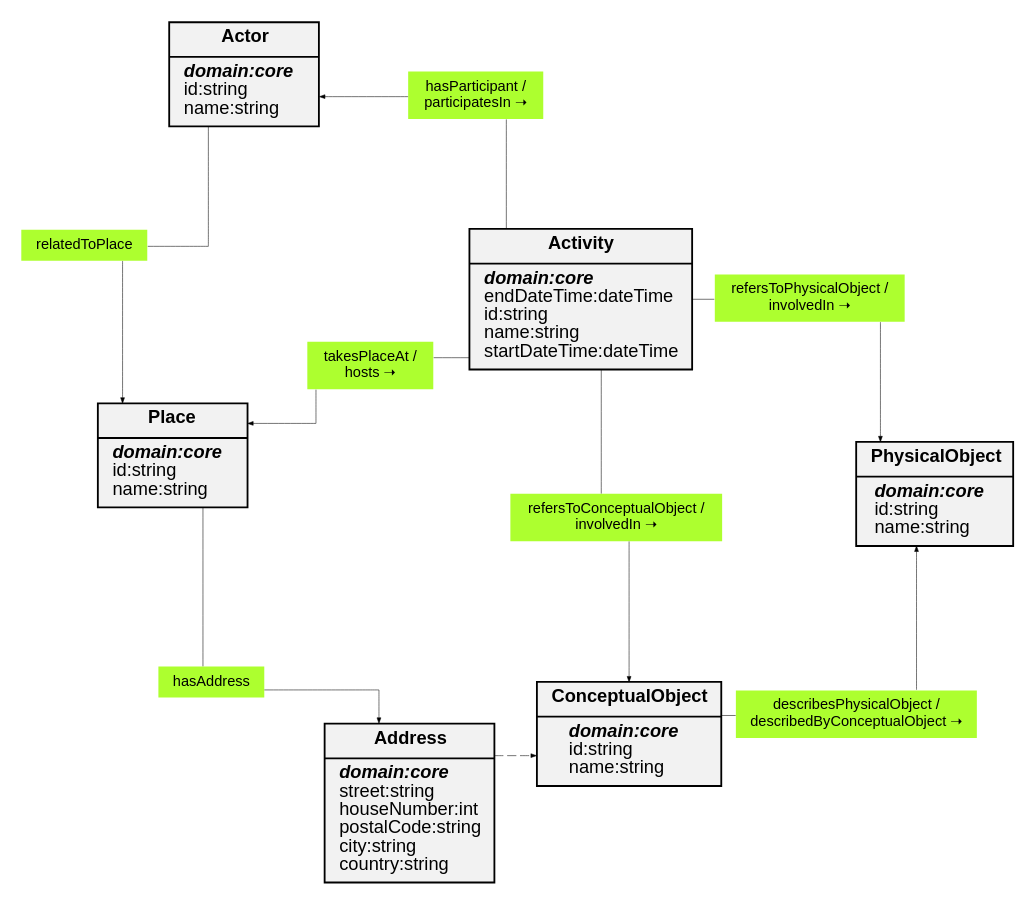
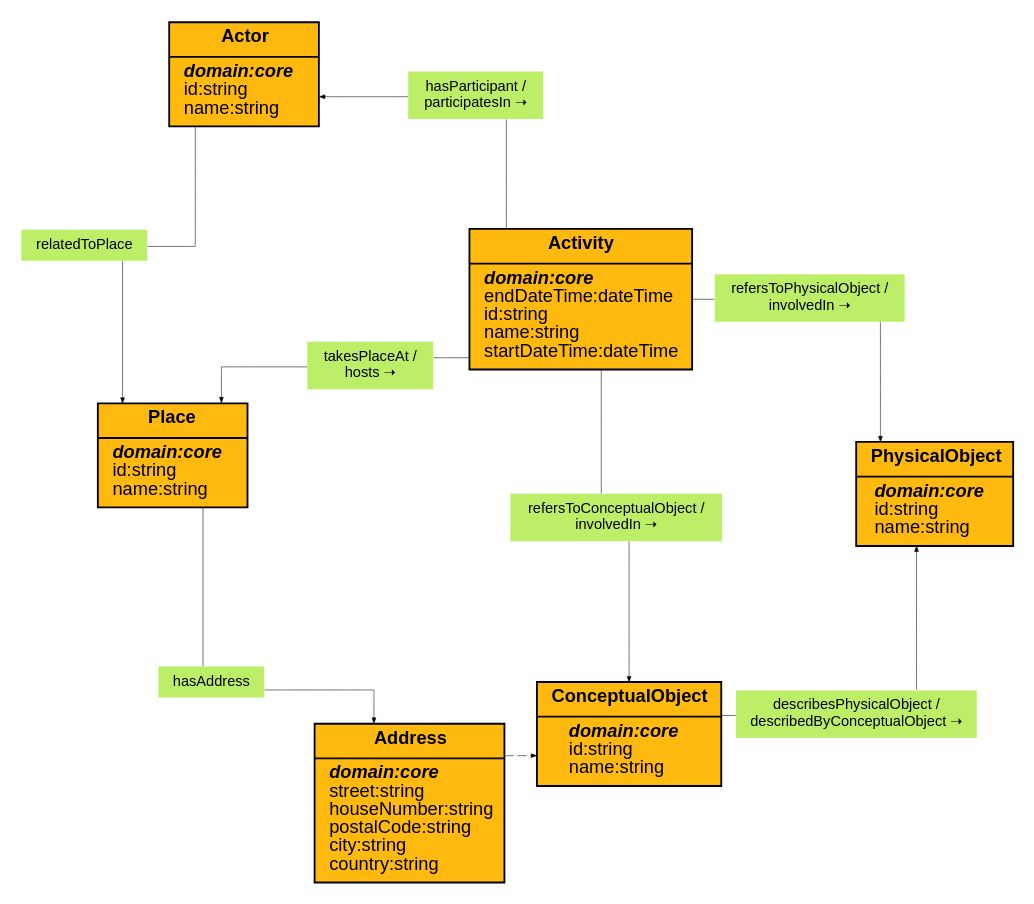
The diagram in docs/images/core_ontology.gv (eclipse-tractusx/sldt-ontology-model), drawn with Graphviz before and after one commit. The commit also changed 21 other files, not shown here.

```diff
--- a/docs/images/core_ontology.gv
+++ b/docs/images/core_ontology.gv
@@ -1,38 +1,38 @@
 digraph core_ontology {
-	graph [fontname="Helvetica,Arial,sans-serif" fontsize=10 layout=neato overlap=scalexy splines=ortho]
-	node [fillcolor=gray95 fontname="Helvetica,Arial,sans-serif" fontsize=10 shape=record]
+	graph [fontname="Helvetica,Arial,sans-serif" fontsize=10 layout=neato overlap=false splines=ortho]
+	node [fillcolor=darkgoldenrod1 fontname="Helvetica,Arial,sans-serif" fontsize=10 shape=record]
 	edge [arrowsize=0.3 fontname="Helvetica,Arial,sans-serif" fontsize=10 penwidth=0.3]
 	Activity [label=<{<b>Activity</b> | <i><b> domain:core</b></i> <br align="left"/>endDateTime:dateTime<br align="left"/>id:string<br align="left"/>name:string<br align="left"/>startDateTime:dateTime<br align="left"/>}> style=filled]
 	Actor [label=<{<b>Actor</b> | <i><b> domain:core</b></i> <br align="left"/>id:string<br align="left"/>name:string<br align="left"/>}> style=filled]
-	Address [label=<{<b>Address</b> | <i><b> domain:core</b></i> <br align="left"/>street:string<br align="left"/>houseNumber:int<br align="left"/>postalCode:string<br align="left"/>city:string<br align="left"/>country:string<br align="left"/>}> style=filled]
+	Address [label=<{<b>Address</b> | <i><b> domain:core</b></i> <br align="left"/>street:string<br align="left"/>houseNumber:string<br align="left"/>postalCode:string<br align="left"/>city:string<br align="left"/>country:string<br align="left"/>}> style=filled]
 	ConceptualObject [label=<{<b>ConceptualObject</b> | <i><b> domain:core</b></i> <br align="left"/>id:string<br align="left"/>name:string<br align="left"/>}> style=filled]
 	PhysicalObject [label=<{<b>PhysicalObject</b> | <i><b> domain:core</b></i> <br align="left"/>id:string<br align="left"/>name:string<br align="left"/>}> style=filled]
 	Place [label=<{<b>Place</b> | <i><b> domain:core</b></i> <br align="left"/>id:string<br align="left"/>name:string<br align="left"/>}> style=filled]
-	hasAddress [label=hasAddress fillcolor=greenyellow fontsize=8 height=0 shape=plaintext style=filled width=0]
+	hasAddress [label=hasAddress fillcolor=darkolivegreen2 fontsize=8 height=0 shape=plaintext style=filled width=0]
 	describesPhysicalObject [label="describesPhysicalObject / 
-describedByConceptualObject ➝" fillcolor=greenyellow fontsize=8 height=0 shape=plaintext style=filled width=0]
+describedByConceptualObject ➝" fillcolor=darkolivegreen2 fontsize=8 height=0 shape=plaintext style=filled width=0]
 	hasParticipant [label="hasParticipant / 
-participatesIn ➝" fillcolor=greenyellow fontsize=8 height=0 shape=plaintext style=filled width=0]
+participatesIn ➝" fillcolor=darkolivegreen2 fontsize=8 height=0 shape=plaintext style=filled width=0]
 	refersToConceptualObject [label="refersToConceptualObject / 
-involvedIn ➝" fillcolor=greenyellow fontsize=8 height=0 shape=plaintext style=filled width=0]
+involvedIn ➝" fillcolor=darkolivegreen2 fontsize=8 height=0 shape=plaintext style=filled width=0]
 	refersToPhysicalObject [label="refersToPhysicalObject / 
-involvedIn ➝" fillcolor=greenyellow fontsize=8 height=0 shape=plaintext style=filled width=0]
-	relatedToPlace [label=relatedToPlace fillcolor=greenyellow fontsize=8 height=0 shape=plaintext style=filled width=0]
+involvedIn ➝" fillcolor=darkolivegreen2 fontsize=8 height=0 shape=plaintext style=filled width=0]
+	relatedToPlace [label=relatedToPlace fillcolor=darkolivegreen2 fontsize=8 height=0 shape=plaintext style=filled width=0]
 	takesPlaceAt [label="takesPlaceAt / 
-hosts ➝" fillcolor=greenyellow fontsize=8 height=0 shape=plaintext style=filled width=0]
+hosts ➝" fillcolor=darkolivegreen2 fontsize=8 height=0 shape=plaintext style=filled width=0]
 	Place -> hasAddress [arrowhead=none]
 	hasAddress -> Address
 	ConceptualObject -> describesPhysicalObject [arrowhead=none]
 	describesPhysicalObject -> PhysicalObject
 	Activity -> hasParticipant [arrowhead=none]
 	hasParticipant -> Actor
 	Activity -> refersToConceptualObject [arrowhead=none]
 	refersToConceptualObject -> ConceptualObject
 	Activity -> refersToPhysicalObject [arrowhead=none]
 	refersToPhysicalObject -> PhysicalObject
 	Actor -> relatedToPlace [arrowhead=none]
 	relatedToPlace -> Place
 	Activity -> takesPlaceAt [arrowhead=none]
 	takesPlaceAt -> Place
 	Address -> ConceptualObject [style=dashed]
 }
```
